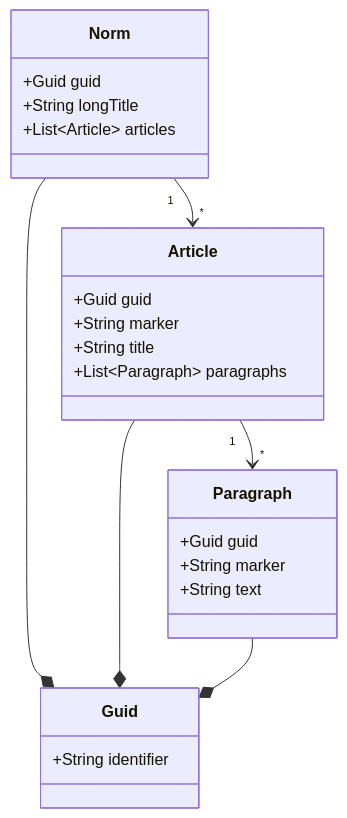
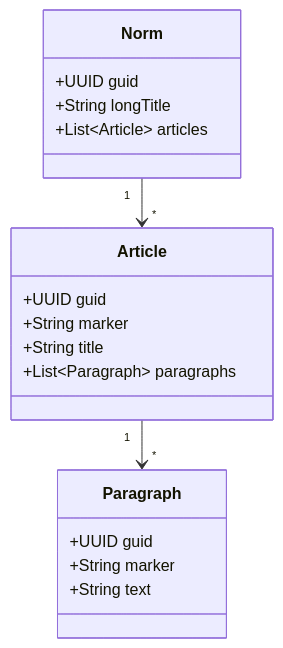
Before and after one commit to digitalservicebund/ris-backend-service: the diagram in doc/norms/domain-model.md, drawn with Mermaid.

Commit message:
Docs(norms): update domain model for UUID usage
We changed from a custom domain object value to represent the `guid`
properties of our entities to the global concept of a UUID. In the code
we refer to the Java standard library.

Usually the domain model documentation should be changed first as the
result of a team agreement. This has been forgotten. So we need to
define a process for the future how to keep documentation and code
synchronized.

````diff
--- a/doc/norms/domain-model.md
+++ b/doc/norms/domain-model.md
@@ -3,27 +3,21 @@
 ```mermaid
 classDiagram
   class Norm
-  Norm : +Guid guid
+  Norm : +UUID guid
   Norm : +String longTitle
   Norm : +List~Article~ articles
 
-  class Guid
-  Guid : +String identifier
-
   class Article
-  Article : +Guid guid
+  Article : +UUID guid
   Article : +String marker
   Article : +String title
   Article : +List~Paragraph~ paragraphs
 
   class Paragraph
-  Paragraph : +Guid guid
+  Paragraph : +UUID guid
   Paragraph : +String marker
   Paragraph : +String text
 
-  Norm --* Guid
-  Article --* Guid
-  Paragraph --* Guid
   Norm "1" --> "*" Article
   Article "1" --> "*" Paragraph
 ```
````
